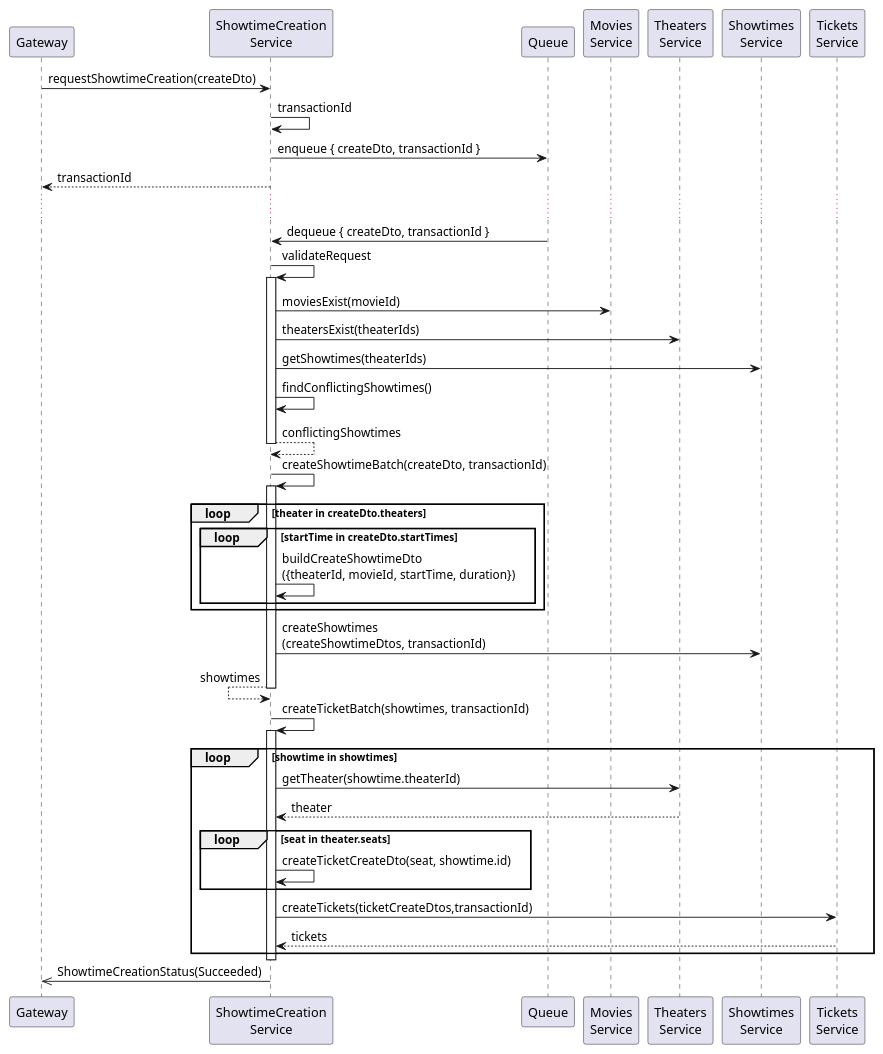
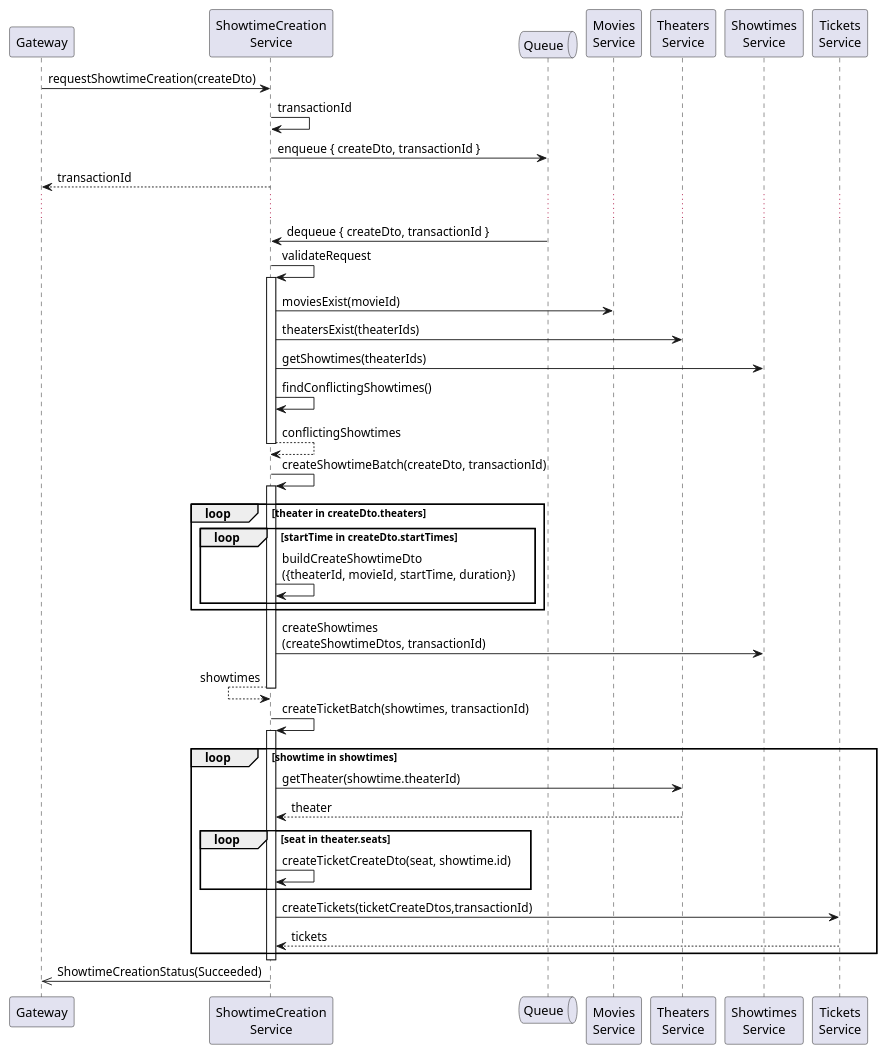
The seventh of 12 diagrams in _posts/2025-06-01-backend-design-3.md (mannercode/mannercode.github.io), drawn with PlantUML before and after one commit. The commit also changed other lines of this file and 1 other file, not shown here.

Commit message:
Refactor sequence diagrams for Showtime creation process to improve clarity and structure

```diff
--- a/_posts/2025-06-01-backend-design-3.md
+++ b/_posts/2025-06-01-backend-design-3.md
@@ -306,54 +410,54 @@
 {% plantuml %}
 @startuml
 participant Gateway as gateway
 participant "ShowtimeCreation\nService" as creation
-participant Queue as queue
+Queue Queue as queue
 participant "Movies\nService" as movies
 participant "Theaters\nService" as theaters
 participant "Showtimes\nService" as showtimes
 participant "Tickets\nService" as tickets
 
 gateway -> creation: requestShowtimeCreation(createDto)
     creation -> creation: transactionId
     creation -> queue: enqueue { createDto, transactionId }
 gateway <-- creation: transactionId
 ...
 queue -> creation: dequeue { createDto, transactionId }
     creation -> creation: validateRequest
     activate creation
     creation -> movies: moviesExist(movieId)
     creation -> theaters: theatersExist(theaterIds)
     creation -> showtimes: getShowtimes(theaterIds)
     creation -> creation: findConflictingShowtimes()
     creation --> creation: conflictingShowtimes
     deactivate creation
 
     creation -> creation: createShowtimeBatch(createDto, transactionId)
     activate creation
         loop theater in createDto.theaters
             loop startTime in createDto.startTimes
                 creation -> creation: buildCreateShowtimeDto\n({theaterId, movieId, startTime, duration})
             end
         end
 
         creation -> showtimes: createShowtimes\n(createShowtimeDtos, transactionId)
         creation <-- creation: showtimes
     deactivate creation
 
     creation -> creation: createTicketBatch(showtimes, transactionId)
     activate creation
         loop showtime in showtimes
             creation -> theaters: getTheater(showtime.theaterId)
             creation <-- theaters: theater
             loop seat in theater.seats
                 creation -> creation: createTicketCreateDto(seat, showtime.id)
             end
             creation -> tickets: createTickets(ticketCreateDtos,transactionId)
             creation <-- tickets: tickets
         end
     deactivate creation
 
 gateway <<- creation: ShowtimeCreationStatus(Succeeded)
 
 @enduml
 {% endplantuml %}
```
